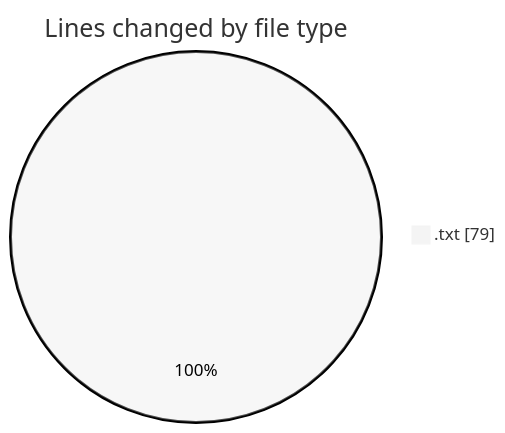
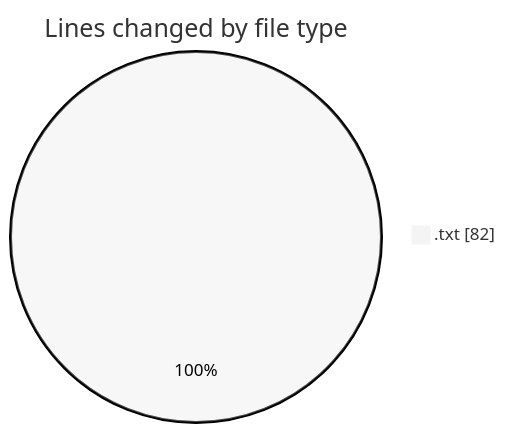
Before and after one commit to Ritupan-Deka/code-tracking: the first of 2 diagrams in 2025-06-22/txtfiles/README.md, drawn with Mermaid (neutral theme). The commit also changed other lines of this file and 1 other file, not shown here.

````diff
--- a/2025-06-22/txtfiles/README.md
+++ b/2025-06-22/txtfiles/README.md
@@ -20,5 +20,5 @@
 ```mermaid
 pie showData
 title Lines changed by file type
-".txt" : 79
+".txt" : 82
 ```
````
